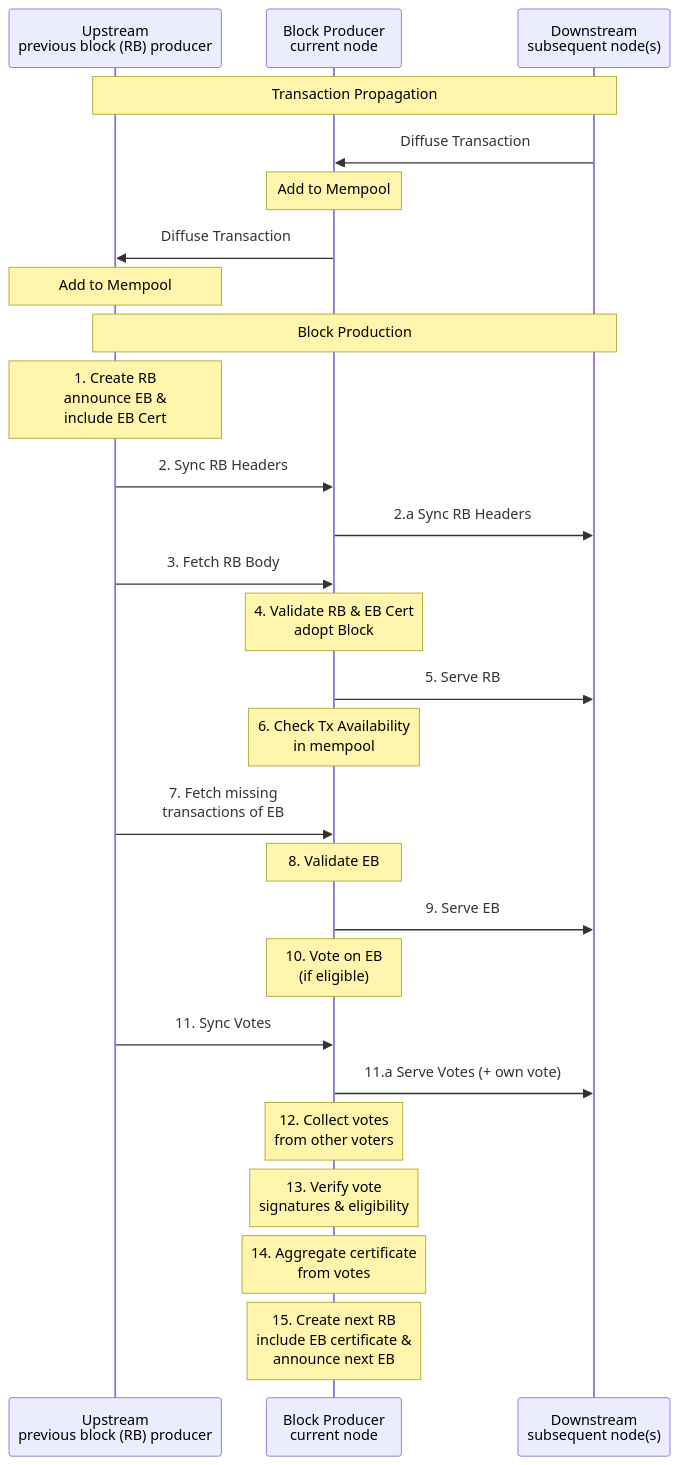
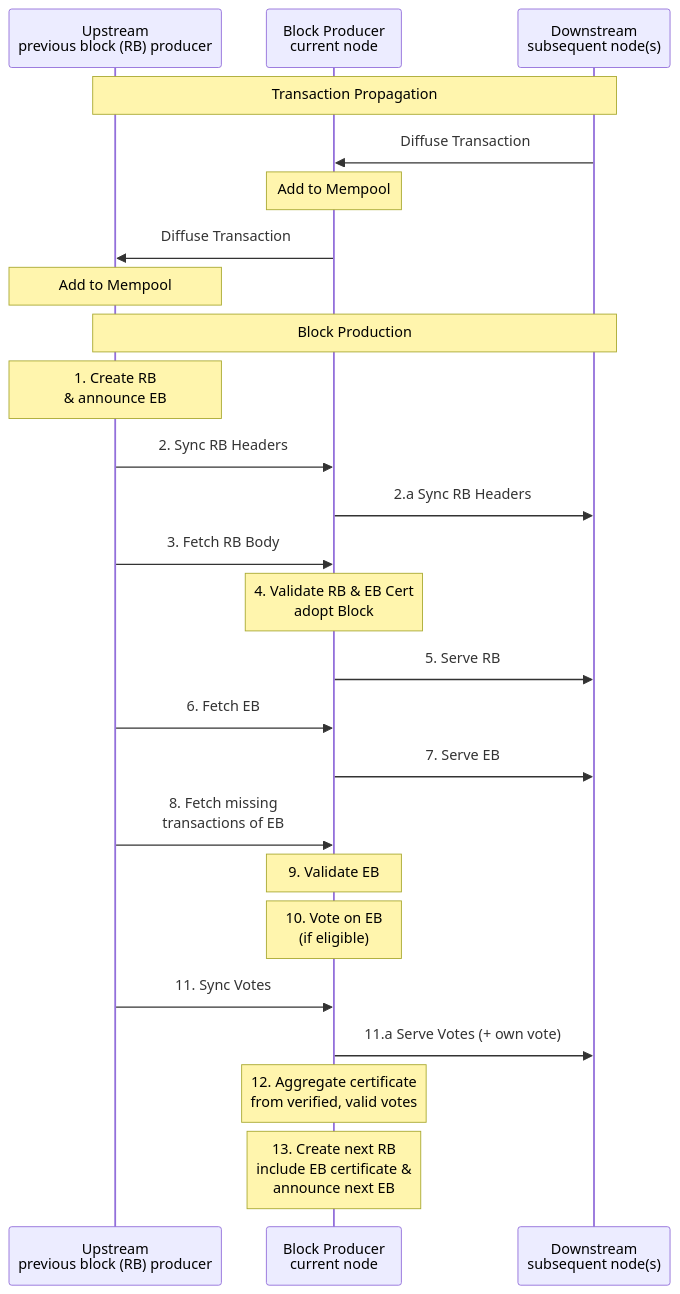
The first of 3 diagrams in docs/cip/README.md (input-output-hk/ouroboros-leios), drawn with Mermaid before and after one commit. The commit also changed other lines of this file, not shown here.

Commit message:
docs(cip): refactor sequence diagram based on Sebastians review; add missing steps; rewrote step descriptions

````diff
--- a/docs/cip/README.md
+++ b/docs/cip/README.md
@@ -465,37 +462,35 @@
 ```mermaid
 sequenceDiagram
     participant U as Upstream<br/>previous block (RB) producer
     participant BP as Block Producer<br/>current node  
     participant D as Downstream<br/>subsequent node(s)
 
     Note over U,D: Transaction Propagation
     D->>BP: Diffuse Transaction
     Note over BP: Add to Mempool
     BP->>U: Diffuse Transaction
     Note over U: Add to Mempool
 
     Note over U,D: Block Production
 
-    Note over U: 1. Create RB<br/>announce EB &<br />include EB Cert
+    Note over U: 1. Create RB<br/>& announce EB
 
     U->>BP: 2. Sync RB Headers
     BP->>D: 2.a Sync RB Headers  
     U->>BP: 3. Fetch RB Body
 
     Note over BP: 4. Validate RB & EB Cert<br/>adopt Block
     BP->>D: 5. Serve RB
+    U->>BP: 6. Fetch EB
 
-    Note over BP: 6. Check Tx Availability<br/>in mempool
-    U->>BP: 7. Fetch missing<br />transactions of EB
+    BP->>D: 7. Serve EB
+    U->>BP: 8. Fetch missing<br />transactions of EB
     
-    Note over BP: 8. Validate EB
-    BP->>D: 9. Serve EB
+    Note over BP: 9. Validate EB
     Note over BP: 10. Vote on EB<br />(if eligible)
     U->>BP: 11. Sync Votes
     BP->>D: 11.a Serve Votes (+ own vote)
     
-    Note over BP: 12. Collect votes<br/>from other voters
-    Note over BP: 13. Verify vote<br/>signatures & eligibility
-    Note over BP: 14. Aggregate certificate<br/>from votes  
-    Note over BP: 15. Create next RB<br />include EB certificate &<br />announce next EB
+    Note over BP: 12. Aggregate certificate<br/>from verified, valid votes  
+    Note over BP: 13. Create next RB<br />include EB certificate &<br />announce next EB
 ```
````
